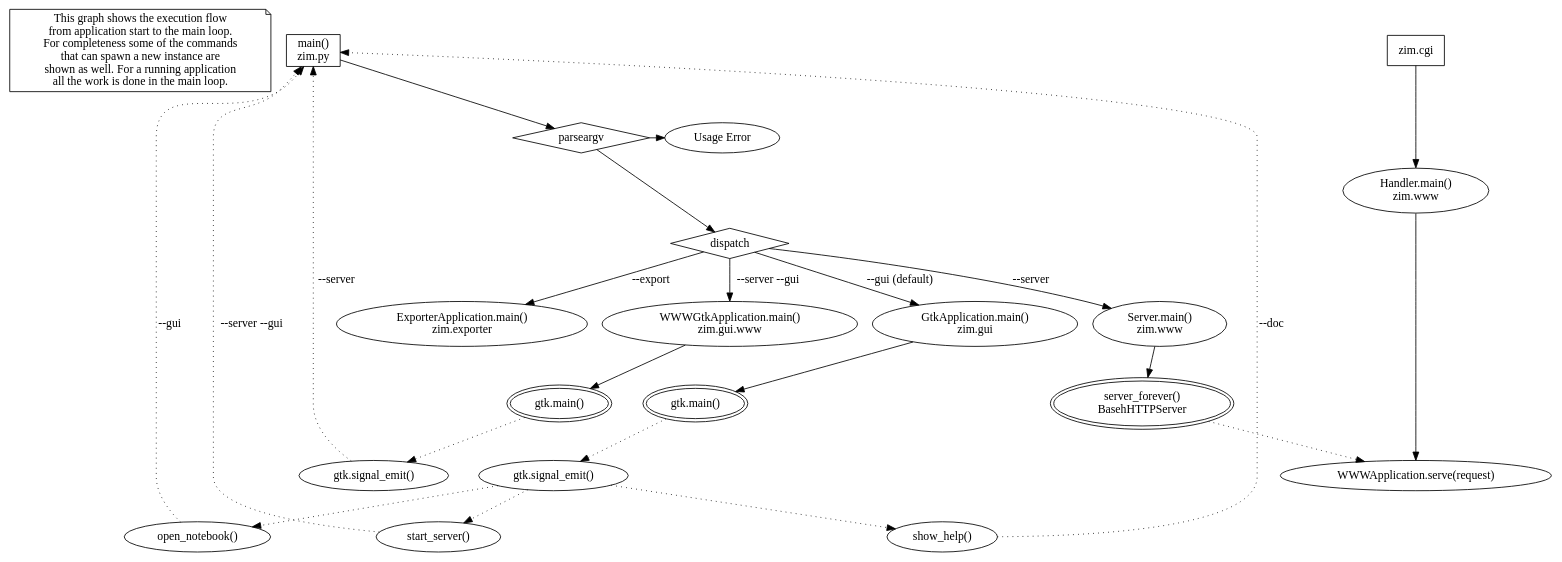
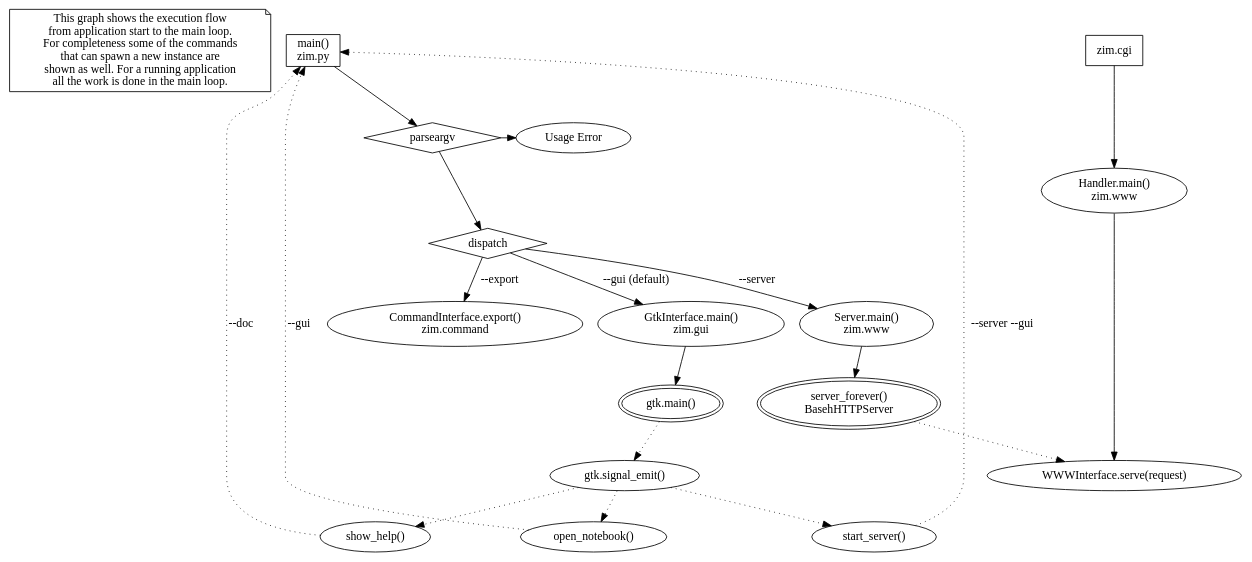
The diagram in dev/application_flow.dot (zim-desktop-wiki/zim-desktop-wiki), drawn with Graphviz before and after one commit. The commit also changed 19 other files, not shown here.

Commit message:
* Renamed the Application class to Interface * Removed the Component class * Adapted standerd logging module for debug output

```diff
--- a/dev/application_flow.dot
+++ b/dev/application_flow.dot
@@ -1,57 +1,50 @@
 digraph g {
 	/* comment */
 	comment [ label="This graph shows the execution flow\nfrom application start to the main loop.\nFor completeness some of the commands\nthat can spawn a new instance are\nshown as well. For a running application\nall the work is done in the main loop." shape=note]
 
 	/* starting points */
 	main [ label="main()\nzim.py" shape = box]
 	cgibin [label = "zim.cgi" shape = box]
 	{ rank=same; main; cgibin }
 
 	parseargv [ lable = "parse argv" shape = diamond ]
 	dispatch [ shape = diamond ]
 	usageerror [label = "Usage Error" ]
 
 	/* main loops */
 	gtkmain [label = "gtk.main()" peripheries = 2]
-	gtkmain1 [label = "gtk.main()" peripheries = 2]
 	wwwloop [ label = "server_forever()\nBasehHTTPServer" peripheries = 2]
-	{ rank=same; gtkmain; gtkmain1; wwwloop }
+	{ rank=same; gtkmain; wwwloop }
 
 	/* other steps */
-	guimain [label = "GtkApplication.main()\nzim.gui"]
+	guimain [label = "GtkInterface.main()\nzim.gui"]
 	gtksignal [label ="gtk.signal_emit()" ]
-	gtksignal1 [label ="gtk.signal_emit()" ]
 	wwwmain [ label = "Server.main()\nzim.www" ]
-	wwwserve [ label = "WWWApplication.serve(request)"]
-	exporter [ label = "ExporterApplication.main()\nzim.exporter"]
-	wwwguimain [ label = "WWWGtkApplication.main()\nzim.gui.www"]
+	wwwserve [ label = "WWWInterface.serve(request)"]
+	exporter [ label = "CommandInterface.export()\nzim.command"]
 	wwwcgi [label = "Handler.main()\nzim.www" ]
 
 	/* primary flow from start to main loop */
 	main -> parseargv
 	parseargv -> dispatch
 	parseargv -> usageerror [minlen = 0]
 	dispatch -> guimain [label="--gui (default)"]
 	dispatch -> wwwmain [label="--server"]
 	dispatch -> exporter [label="--export"]
-	dispatch -> wwwguimain [label="--server --gui"]
 	guimain -> gtkmain
 	wwwmain -> wwwloop
-	wwwguimain -> gtkmain1
 
 	/* flow cgi-bin */
 	cgibin -> wwwcgi
 	wwwcgi -> wwwserve
 
 	/* actions spawned by main loop */
 	gtkmain -> gtksignal [style = dotted]
 	gtksignal -> "open_notebook()" [style = dotted]
 	"open_notebook()" -> main [style = dotted label ="--gui"]
 	gtksignal -> "start_server()" [style = dotted]
 	"start_server()" -> main [style = dotted label ="--server --gui"]
 	gtksignal -> "show_help()" [style = dotted]
 	"show_help()" -> main [style = dotted label ="--doc"]
 	wwwloop -> wwwserve [style = dotted]
-	gtkmain1 -> gtksignal1 [style = dotted]
-	gtksignal1 -> main [style = dotted label="--server"]
 }
```
